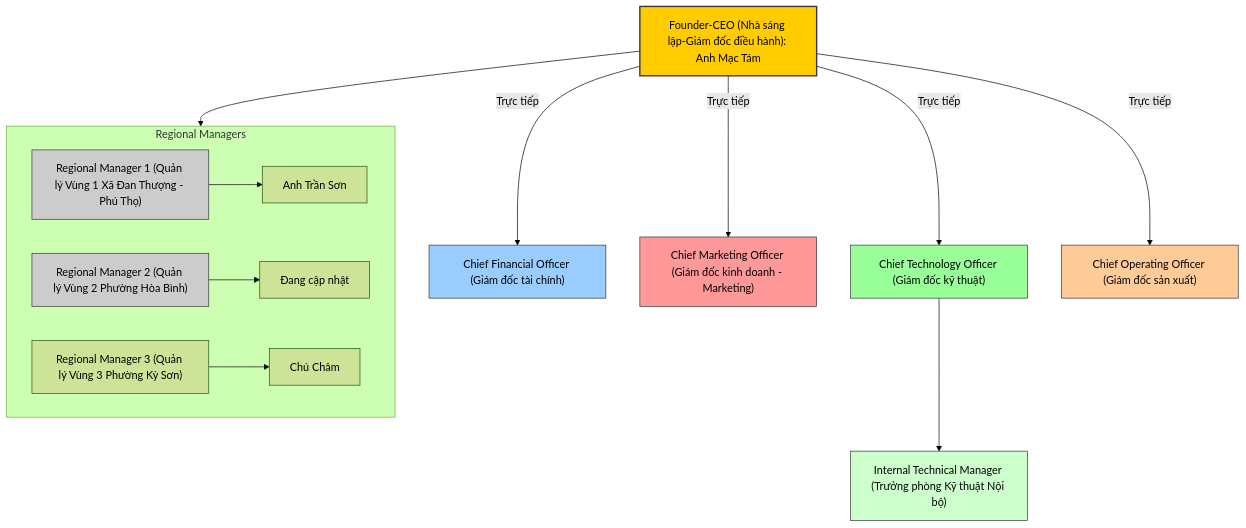
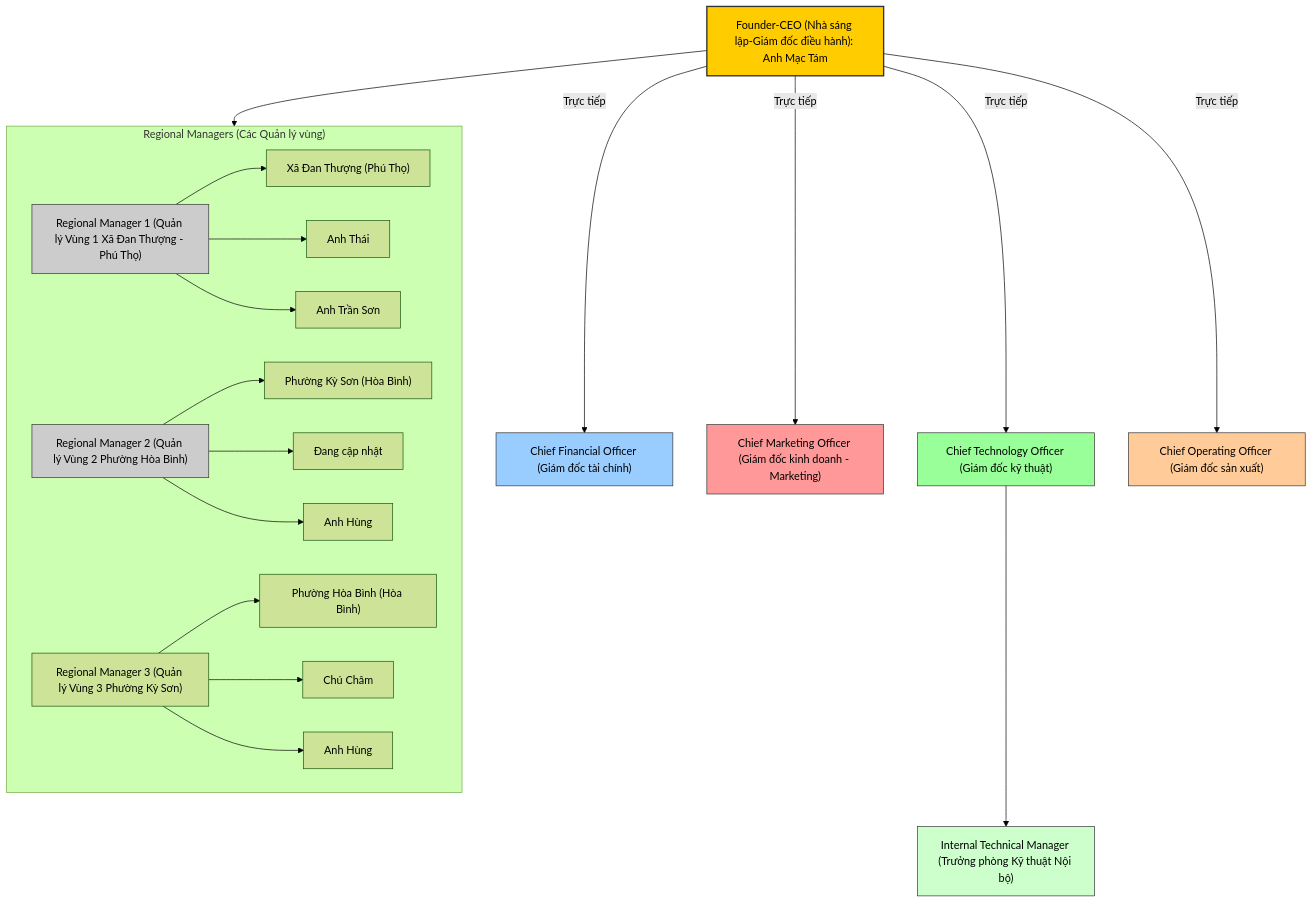
One commit to trethanhphat/gioi-thieu changed the diagram in organizational-chart.md. Above: the diagram before and after it, drawn with Mermaid (forest theme).

````diff
--- a/organizational-chart.md
+++ b/organizational-chart.md
@@ -3,33 +3,42 @@
 ```mermaid
 flowchart TD
 CEO["Founder-CEO (Nhà sáng lập-Giám đốc điều hành): Anh Mạc Tám"]
     CEO --> |"Trực tiếp"| CFO["Chief Financial Officer (Giám đốc tài chính)"]
     CEO --> |"Trực tiếp"| CMO["Chief Marketing Officer (Giám đốc kinh doanh - Marketing)"]
     CEO --> |"Trực tiếp"| CTO["Chief Technology Officer (Giám đốc kỹ thuật)"]
     CEO --> |"Trực tiếp"| COO["Chief Operating Officer (Giám đốc sản xuất)"]
     %% Gom nhóm quản lý vùng
-    subgraph REG["Regional Managers"]
+    subgraph REG["Regional Managers (Các Quản lý vùng)"]
         direction LR
         RM1["Regional Manager 1 (Quản lý Vùng 1 Xã Đan Thượng - Phú Thọ)"]
-        RM1 --> NAME-RM1["Anh Trần Sơn"]
+        RM1 --> RM1-NAME["Xã Đan Thượng (Phú Thọ)"]
+        RM1 --> RM1-OWNER["Anh Thái"]
+        RM1 --> RM1-MAN["Anh Trần Sơn"]
+
         RM2["Regional Manager 2 (Quản lý Vùng 2 Phường Hòa Bình)"]
-        RM2 --> NAME-RM2["Đang cập nhật"]
+        RM2 --> RM2-NAME["Phường Kỳ Sơn (Hòa Bình)"]
+        RM2 --> RM2-MAN["Đang cập nhật"]
+        RM2 --> RM2-OWNER["Anh Hùng"]
+
         RM3["Regional Manager 3 (Quản lý Vùng 3 Phường Kỳ Sơn)"]
-        RM3 --> NAME-RM3["Chú Châm"]
+        RM3 --> RM3-NAME["Phường Hòa Bình (Hòa Bình)"]
+        RM3 --> RM3-MAN["Chú Châm"]
+        RM3 --> RM3-OWNER["Anh Hùng"]
+
     end
     CEO --> REG
 
     CTO --> ITM["Internal Technical Manager (Trưởng phòng Kỹ thuật Nội bộ)"]
 
 %% 🎨 Màu sắc
     style CEO fill:#ffcc00,stroke:#333,stroke-width:2px
     style CFO fill:#99ccff,stroke:#333,stroke-width:1px
     style CMO fill:#ff9999,stroke:#333,stroke-width:1px
     style CTO fill:#99ff99,stroke:#333,stroke-width:1px
     style COO fill:#ffcc99,stroke:#333,stroke-width:1px
     style RM1 fill:#cccccc,stroke:#333,stroke-width:1px
     style RM2 fill:#cccccc,stroke:#333,stroke-width:1px
     style ITM fill:#ccffcc,stroke:#333,stroke-width:1px
 
 
 ```
````
